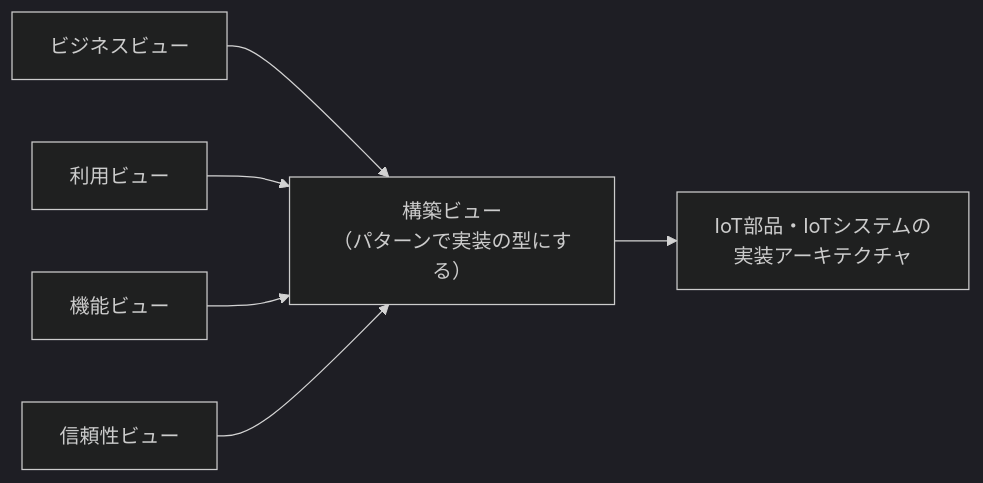
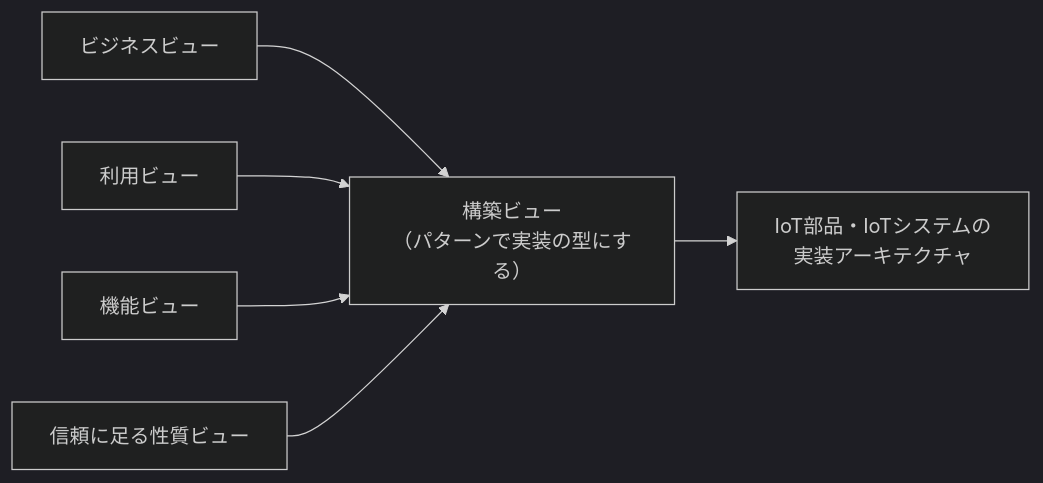
One commit to myoshi2891/Quality-Assurance-Studies changed the eighth of 11 diagrams in Iso-iec-30141-2024-guide.md. Above: the diagram before and after it, drawn with Mermaid (dark theme). The commit also changed other lines of this file, not shown here.

````diff
--- a/Iso-iec-30141-2024-guide.md
+++ b/Iso-iec-30141-2024-guide.md
@@ -351,8 +352,8 @@
 ```mermaid
 flowchart LR
   VB["ビジネスビュー"] --> CV["構築ビュー<br/>（パターンで実装の型にする）"]
   VU["利用ビュー"] --> CV
   VF["機能ビュー"] --> CV
-  VT["信頼性ビュー"] --> CV
+  VT["信頼に足る性質ビュー"] --> CV
   CV --> OUT["IoT部品・IoTシステムの<br/>実装アーキテクチャ"]
 ```
````
